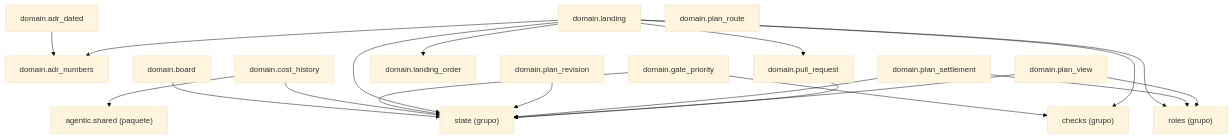
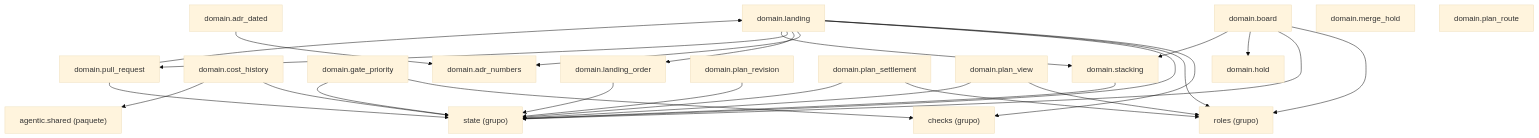
One commit to GonzaloZevallos/agentic-system changed the diagram in docs/architecture/generated/packages-process-domain-landing.md. Above: the diagram before and after it, drawn with Mermaid (base theme). The commit also changed other lines of this file and 45 other files, not shown here.

````diff
--- a/docs/architecture/generated/packages-process-domain-landing.md
+++ b/docs/architecture/generated/packages-process-domain-landing.md
@@ -12,37 +13,47 @@
 ```mermaid
 graph TD
     g_domain__checks["checks (grupo)"]
     g_domain__roles["roles (grupo)"]
     g_domain__state["state (grupo)"]
     g_pkg__agentic__shared["agentic.shared (paquete)"]
     m_domain__adr_dated["domain.adr_dated"]
     m_domain__adr_numbers["domain.adr_numbers"]
     m_domain__board["domain.board"]
     m_domain__cost_history["domain.cost_history"]
     m_domain__gate_priority["domain.gate_priority"]
+    m_domain__hold["domain.hold"]
     m_domain__landing["domain.landing"]
     m_domain__landing_order["domain.landing_order"]
+    m_domain__merge_hold["domain.merge_hold"]
     m_domain__plan_revision["domain.plan_revision"]
     m_domain__plan_route["domain.plan_route"]
     m_domain__plan_settlement["domain.plan_settlement"]
     m_domain__plan_view["domain.plan_view"]
     m_domain__pull_request["domain.pull_request"]
+    m_domain__stacking["domain.stacking"]
     m_domain__adr_dated --> m_domain__adr_numbers
+    m_domain__board --> g_domain__roles
     m_domain__board --> g_domain__state
+    m_domain__board --> m_domain__hold
+    m_domain__board --> m_domain__stacking
     m_domain__cost_history --> g_domain__state
     m_domain__cost_history --> g_pkg__agentic__shared
     m_domain__gate_priority --> g_domain__checks
     m_domain__gate_priority --> g_domain__state
     m_domain__landing --> g_domain__checks
     m_domain__landing --> g_domain__roles
     m_domain__landing --> g_domain__state
     m_domain__landing --> m_domain__adr_numbers
     m_domain__landing --> m_domain__landing_order
     m_domain__landing --> m_domain__pull_request
+    m_domain__landing --> m_domain__stacking
+    m_domain__landing_order --> g_domain__state
     m_domain__plan_revision --> g_domain__state
     m_domain__plan_settlement --> g_domain__roles
     m_domain__plan_settlement --> g_domain__state
     m_domain__plan_view --> g_domain__roles
     m_domain__plan_view --> g_domain__state
     m_domain__pull_request --> g_domain__state
+    m_domain__pull_request --> m_domain__landing
+    m_domain__stacking --> g_domain__state
 ```
````
